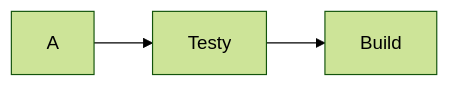
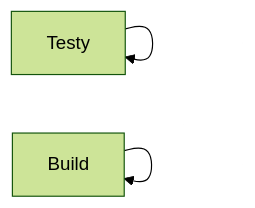
One commit to SmoQx/gitlab_env changed the diagram in README.md. Above: the diagram before and after it, drawn with Mermaid (forest theme). The commit also changed other lines of this file, not shown here.

````diff
--- a/README.md
+++ b/README.md
@@ -91,5 +91,5 @@
 ```mermaid
 graph LR
-A --> B[Testy]
-B --> C[Build]
+A --> A[Testy]
+B --> B[Build]
 ```
````
